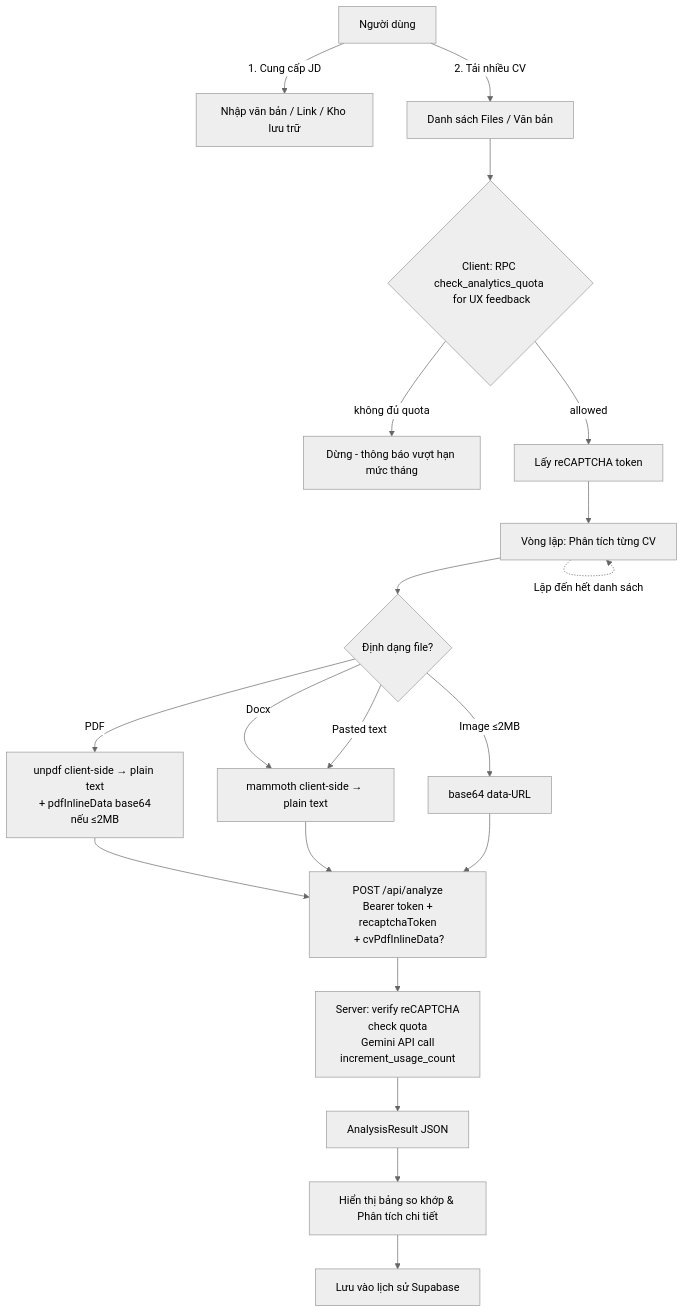
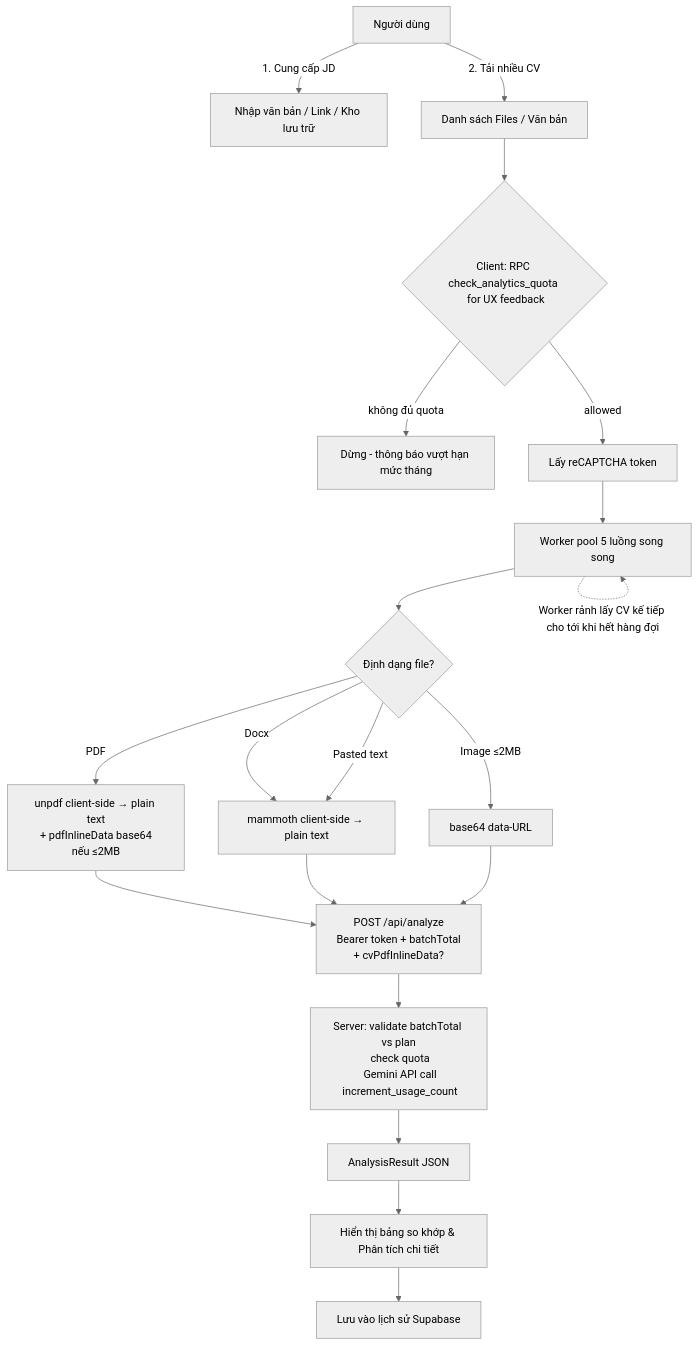
The first of 2 diagrams in docs/6_workflow.md (nghiepnguyen/CVCompareTN), drawn with Mermaid (neutral theme) before and after one commit. The commit also changed other lines of this file and 3 other files, not shown here.

````diff
--- a/docs/6_workflow.md
+++ b/docs/6_workflow.md
@@ -7,22 +7,22 @@
 ```mermaid
 graph TD
     A[Người dùng] -->|1. Cung cấp JD| B[Nhập văn bản / Link / Kho lưu trữ]
     A -->|2. Tải nhiều CV| C[Danh sách Files / Văn bản]
     C --> Q{Client: RPC check_analytics_quota \n for UX feedback}
     Q -->|không đủ quota| X[Dừng - thông báo vượt hạn mức tháng]
     Q -->|allowed| R[Lấy reCAPTCHA token]
-    R --> D[Vòng lặp: Phân tích từng CV]
+    R --> D[Worker pool 5 luồng song song]
     D --> E{Định dạng file?}
     E -->|PDF| P[unpdf client-side → plain text\n + pdfInlineData base64 nếu ≤2MB]
     E -->|Docx| F[mammoth client-side → plain text]
     E -->|Image ≤2MB| IMG[base64 data-URL]
     E -->|Pasted text| F
-    P --> API[POST /api/analyze\n Bearer token + recaptchaToken\n + cvPdfInlineData?]
+    P --> API[POST /api/analyze\n Bearer token + batchTotal\n + cvPdfInlineData?]
     F --> API
     IMG --> API
-    API --> SRV[Server: verify reCAPTCHA\n check quota\n Gemini API call\n increment_usage_count]
+    API --> SRV[Server: validate batchTotal vs plan\n check quota\n Gemini API call\n increment_usage_count]
     SRV --> J[AnalysisResult JSON]
     J --> K[Hiển thị bảng so khớp & Phân tích chi tiết]
     K --> L[Lưu vào lịch sử Supabase]
-    D -.->|Lặp đến hết danh sách| D
+    D -.->|Worker rảnh lấy CV kế tiếp cho tới khi hết hàng đợi| D
 ```
````
